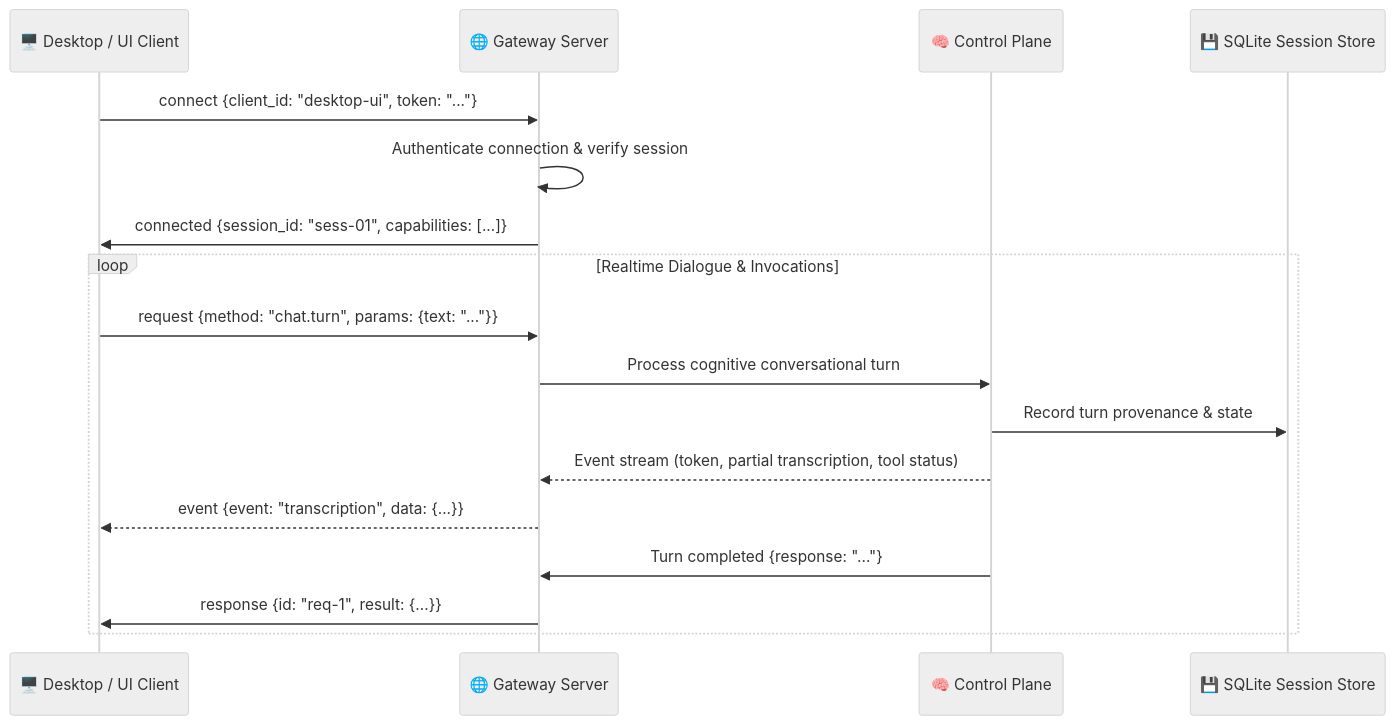
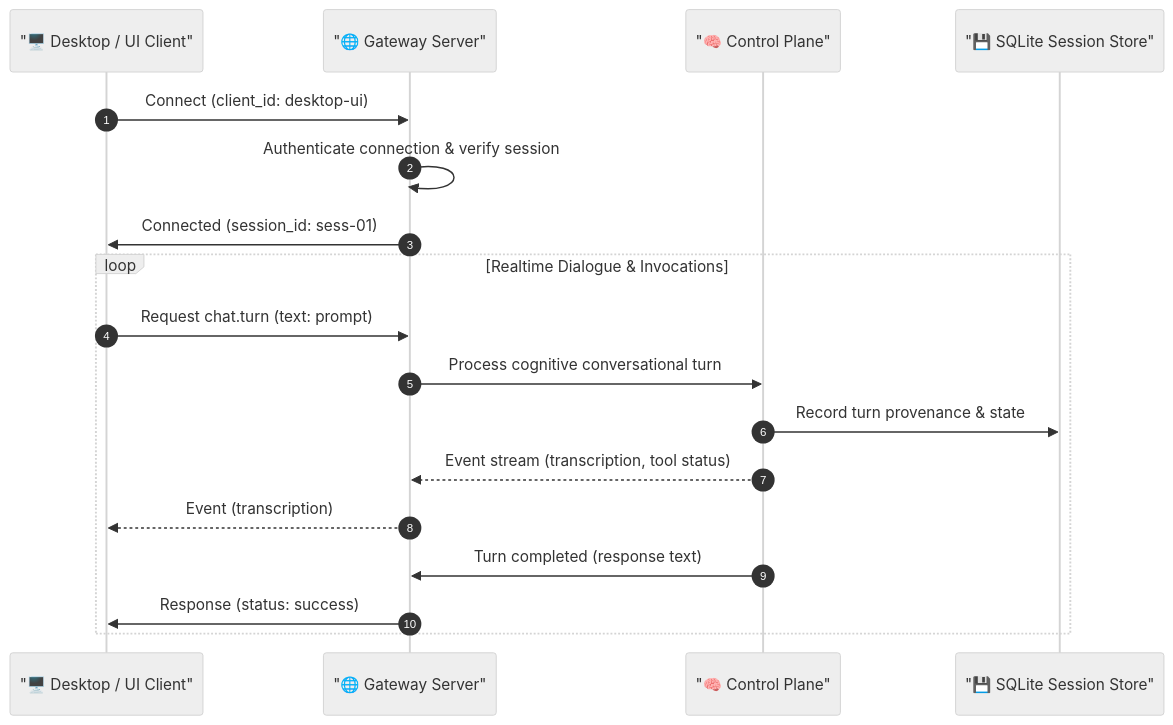
One commit to deepakrakshit/jarvis-ai changed the fifth of 5 diagrams in README.md. Above: the diagram before and after it, drawn with Mermaid (neutral theme). The commit also changed other lines of this file and 1 other file, not shown here.

First line of the commit message:
docs: add environment configuration template and fix mermaid diagram syntax

````diff
--- a/README.md
+++ b/README.md
@@ -205,21 +205,22 @@
 ```mermaid
 sequenceDiagram
-    participant Client as 🖥️ Desktop / UI Client
-    participant GW as 🌐 Gateway Server
-    participant CP as 🧠 Control Plane
-    participant DB as 💾 SQLite Session Store
+    autonumber
+    participant Client as "🖥️ Desktop / UI Client"
+    participant GW as "🌐 Gateway Server"
+    participant CP as "🧠 Control Plane"
+    participant DB as "💾 SQLite Session Store"
 
-    Client->>GW: connect {client_id: "desktop-ui", token: "..."}
+    Client->>GW: Connect (client_id: desktop-ui)
     GW->>GW: Authenticate connection & verify session
-    GW->>Client: connected {session_id: "sess-01", capabilities: [...]}
+    GW->>Client: Connected (session_id: sess-01)
     
     loop Realtime Dialogue & Invocations
-        Client->>GW: request {method: "chat.turn", params: {text: "..."}}
+        Client->>GW: Request chat.turn (text: prompt)
         GW->>CP: Process cognitive conversational turn
         CP->>DB: Record turn provenance & state
-        CP-->>GW: Event stream (token, partial transcription, tool status)
-        GW-->>Client: event {event: "transcription", data: {...}}
-        CP->>GW: Turn completed {response: "..."}
-        GW->>Client: response {id: "req-1", result: {...}}
+        CP-->>GW: Event stream (transcription, tool status)
+        GW-->>Client: Event (transcription)
+        CP->>GW: Turn completed (response text)
+        GW->>Client: Response (status: success)
     end
 ```
````
